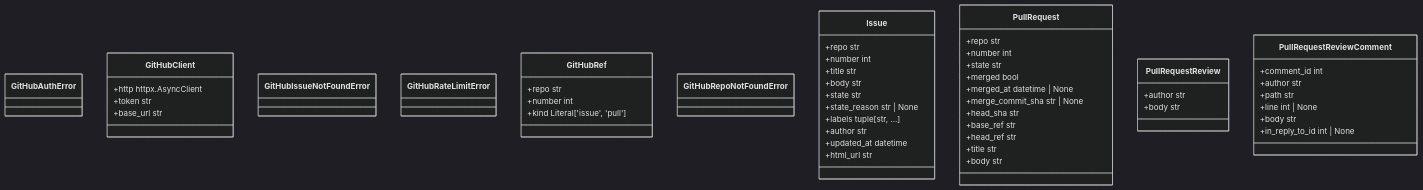
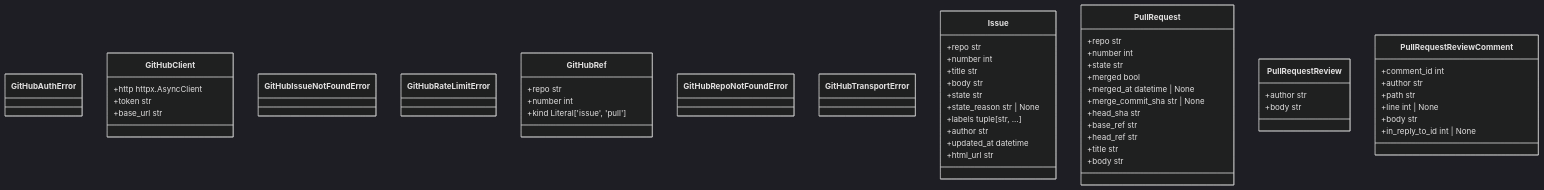
One commit to agent-lore/lithos-loom changed the first of 3 diagrams in docs/generated/domain_model.md. Above: the diagram before and after it, drawn with Mermaid (dark theme). The commit also changed 6 other files, not shown here.

First line of the commit message:
fix(github-client): wrap httpx transport errors as GitHubTransportError

````diff
--- a/docs/generated/domain_model.md
+++ b/docs/generated/domain_model.md
@@ -8,54 +8,55 @@
 ```mermaid
 classDiagram
   class GitHubAuthError
   class GitHubClient {
     +http httpx.AsyncClient
     +token str
     +base_url str
   }
   class GitHubIssueNotFoundError
   class GitHubRateLimitError
   class GitHubRef {
     +repo str
     +number int
     +kind Literal['issue', 'pull']
   }
   class GitHubRepoNotFoundError
+  class GitHubTransportError
   class Issue {
     +repo str
     +number int
     +title str
     +body str
     +state str
     +state_reason str | None
     +labels tuple[str, ...]
     +author str
     +updated_at datetime
     +html_url str
   }
   class PullRequest {
     +repo str
     +number int
     +state str
     +merged bool
     +merged_at datetime | None
     +merge_commit_sha str | None
     +head_sha str
     +base_ref str
     +head_ref str
     +title str
     +body str
   }
   class PullRequestReview {
     +author str
     +body str
   }
   class PullRequestReviewComment {
     +comment_id int
     +author str
     +path str
     +line int | None
     +body str
     +in_reply_to_id int | None
   }
 ```
````
